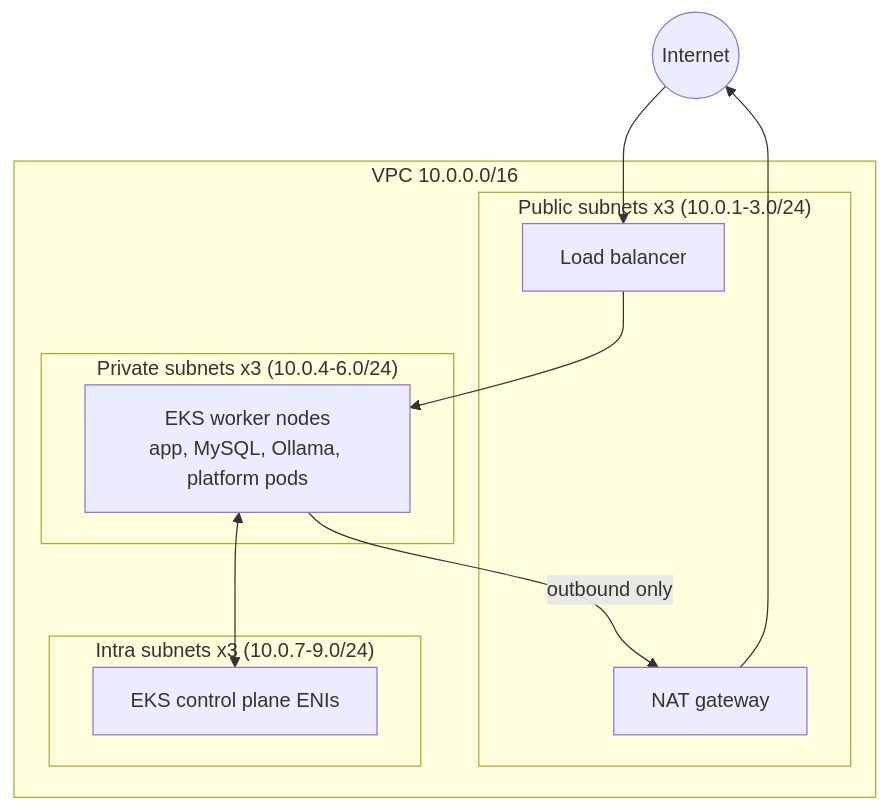
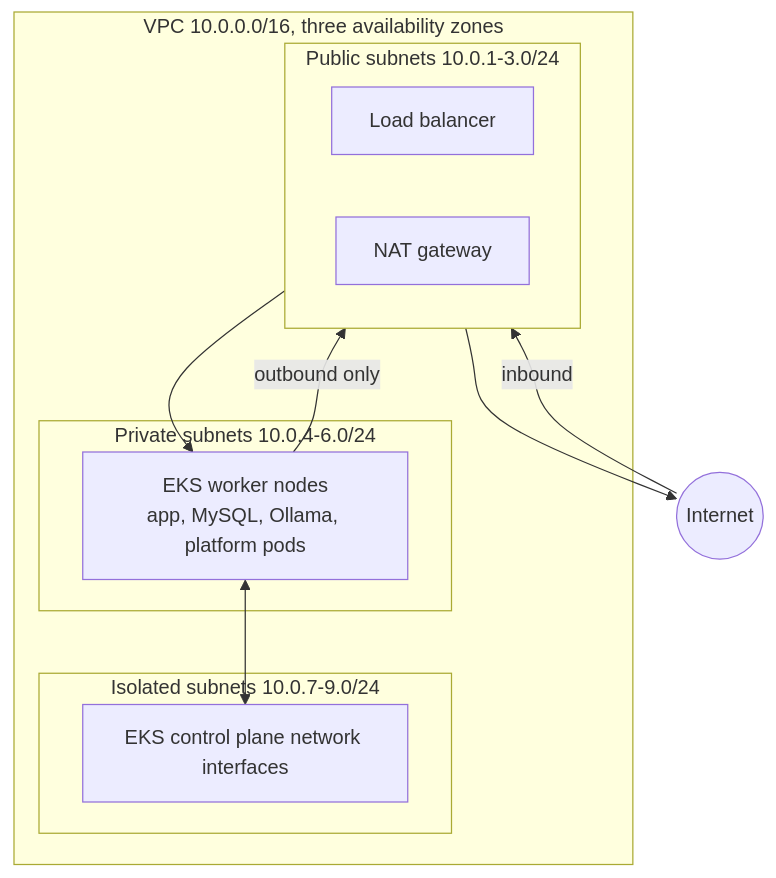
The second of 8 diagrams in README.md (shashankcodes-10/NexaBank), drawn with Mermaid before and after one commit. The commit also changed other lines of this file and 7 other files, not shown here.

Commit message:
docs: readable diagrams and application screenshots in the README

````diff
--- a/README.md
+++ b/README.md
@@ -115,21 +144,24 @@
 ```mermaid
 flowchart TB
     internet((Internet))
 
-    subgraph vpc["VPC 10.0.0.0/16"]
-        subgraph pub["Public subnets x3 (10.0.1-3.0/24)"]
+    subgraph vpc["VPC 10.0.0.0/16, three availability zones"]
+        subgraph pub["Public subnets 10.0.1-3.0/24"]
+            direction LR
             nlb[Load balancer]
             nat[NAT gateway]
         end
-        subgraph priv["Private subnets x3 (10.0.4-6.0/24)"]
+        subgraph priv["Private subnets 10.0.4-6.0/24"]
             nodes[EKS worker nodes<br/>app, MySQL, Ollama, platform pods]
         end
-        subgraph intra["Intra subnets x3 (10.0.7-9.0/24)"]
-            cp[EKS control plane ENIs]
+        subgraph intra["Isolated subnets 10.0.7-9.0/24"]
+            cp[EKS control plane network interfaces]
         end
     end
 
-    internet --> nlb --> nodes
-    nodes -->|outbound only| nat --> internet
+    internet -->|inbound| nlb
+    nlb --> nodes
+    nodes -->|outbound only| nat
+    nat --> internet
     nodes <--> cp
 ```
````
